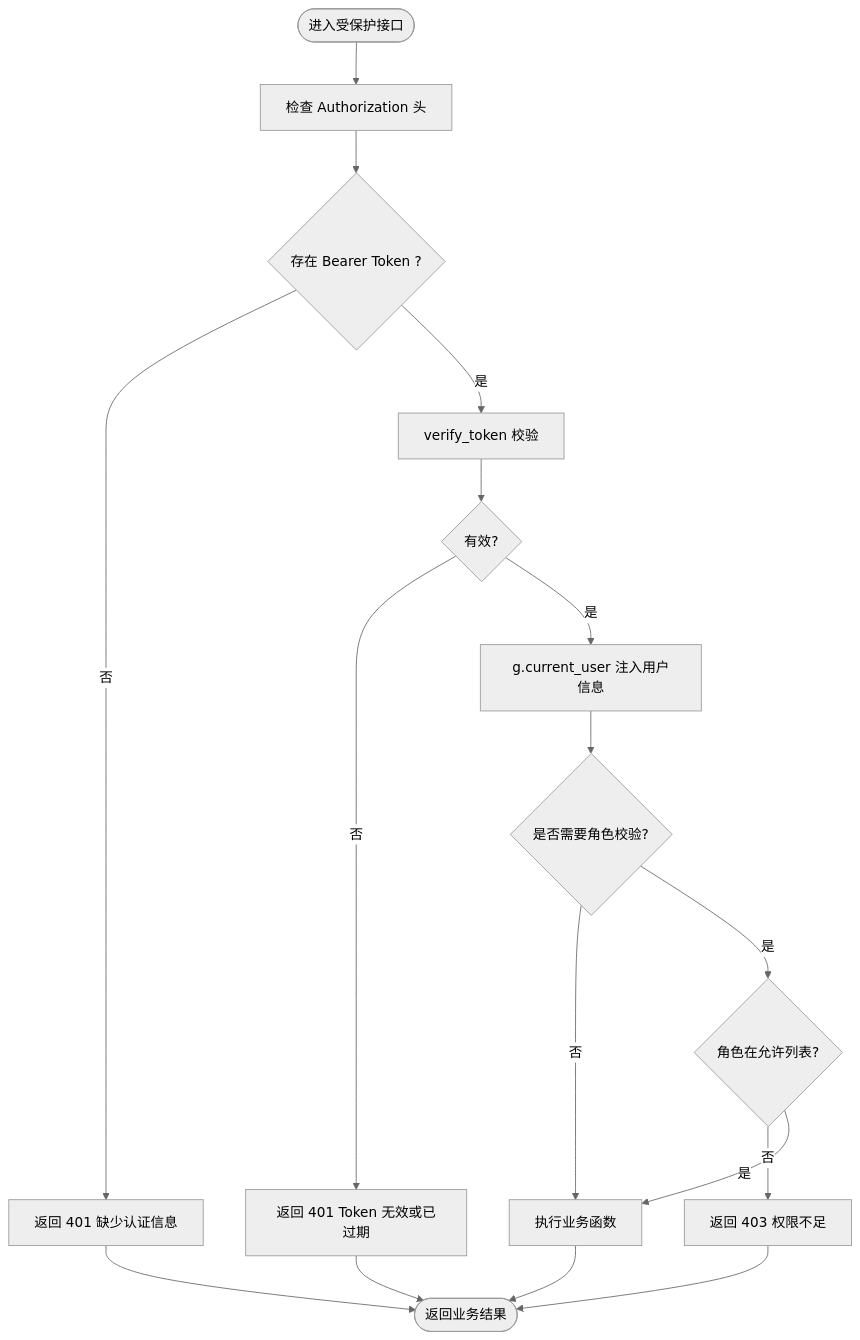
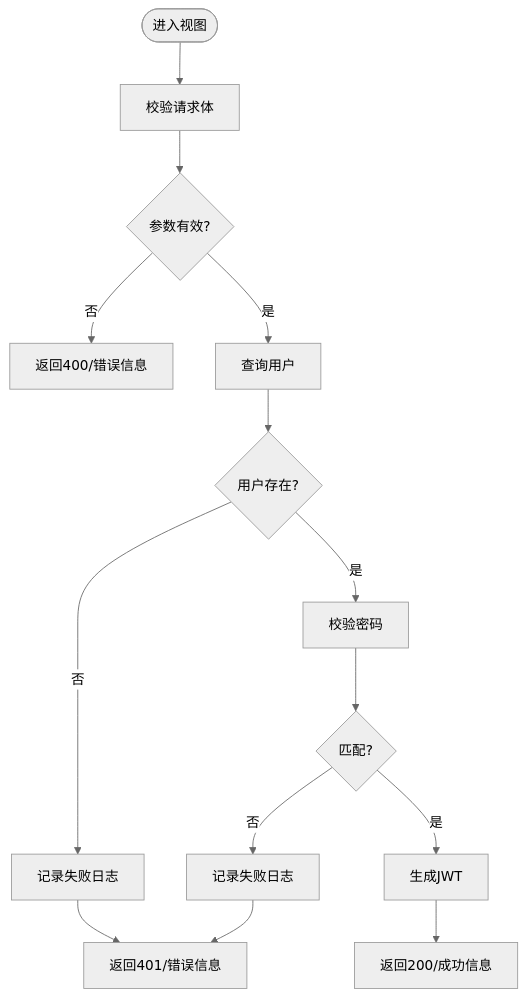
Before and after one commit to ismine3/OPS: the fourth of 5 diagrams in .qoder/repowiki/zh/content/开发指南/代码规范.md, drawn with Mermaid (neutral theme). The commit also changed other lines of this file and 157 other files, not shown here.

````diff
--- a/.qoder/repowiki/zh/content/开发指南/代码规范.md
+++ b/.qoder/repowiki/zh/content/开发指南/代码规范.md
@@ -158,19 +280,14 @@
 ```mermaid
 flowchart TD
-Start(["进入受保护接口"]) --> CheckAuth["检查 Authorization 头"]
-CheckAuth --> HasToken{"存在 Bearer Token ?"}
-HasToken --> |否| Err401a["返回 401 缺少认证信息"]
-HasToken --> |是| Verify["verify_token 校验"]
-Verify --> Valid{"有效?"}
-Valid --> |否| Err401b["返回 401 Token 无效或已过期"]
-Valid --> |是| Inject["g.current_user 注入用户信息"]
-Inject --> RoleCheck{"是否需要角色校验?"}
-RoleCheck --> |否| Next["执行业务函数"]
-RoleCheck --> |是| RoleOK{"角色在允许列表?"}
-RoleOK --> |否| Err403["返回 403 权限不足"]
-RoleOK --> |是| Next
-Next --> End(["返回业务结果"])
-Err401a --> End
-Err401b --> End
-Err403 --> End
+START(["进入视图"]) --> CHECK_REQ["校验请求体"]
+CHECK_REQ --> VALID{"参数有效?"}
+VALID --> |否| RESP400["返回400/错误信息"]
+VALID --> |是| FETCH_USER["查询用户"]
+FETCH_USER --> EXISTS{"用户存在?"}
+EXISTS --> |否| LOG_FAILED["记录失败日志"] --> RESP401["返回401/错误信息"]
+EXISTS --> |是| VERIFY["校验密码"]
+VERIFY --> MATCH{"匹配?"}
+MATCH --> |否| LOG_FAILED2["记录失败日志"] --> RESP401
+MATCH --> |是| GEN_TOKEN["生成JWT"]
+GEN_TOKEN --> RESP200["返回200/成功信息"]
 ```
````
